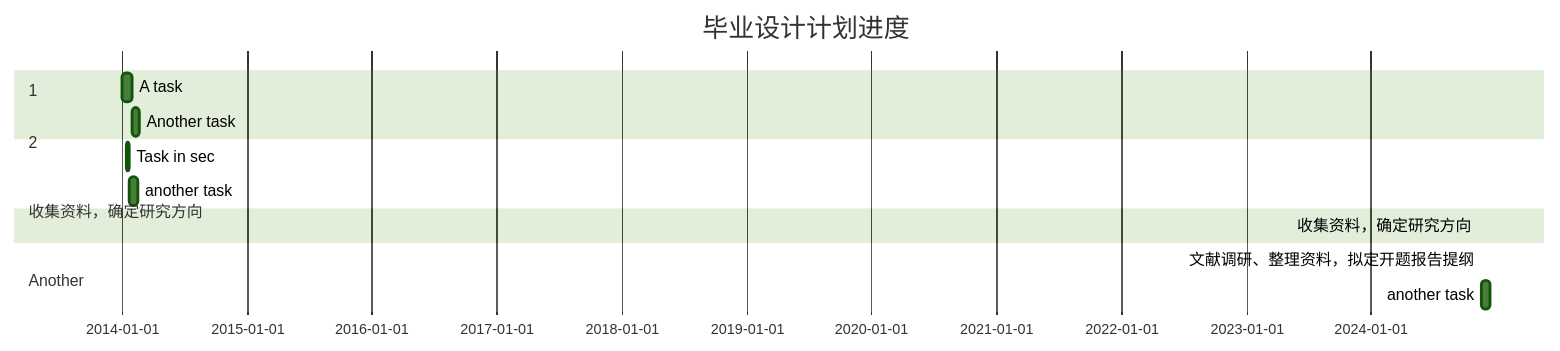
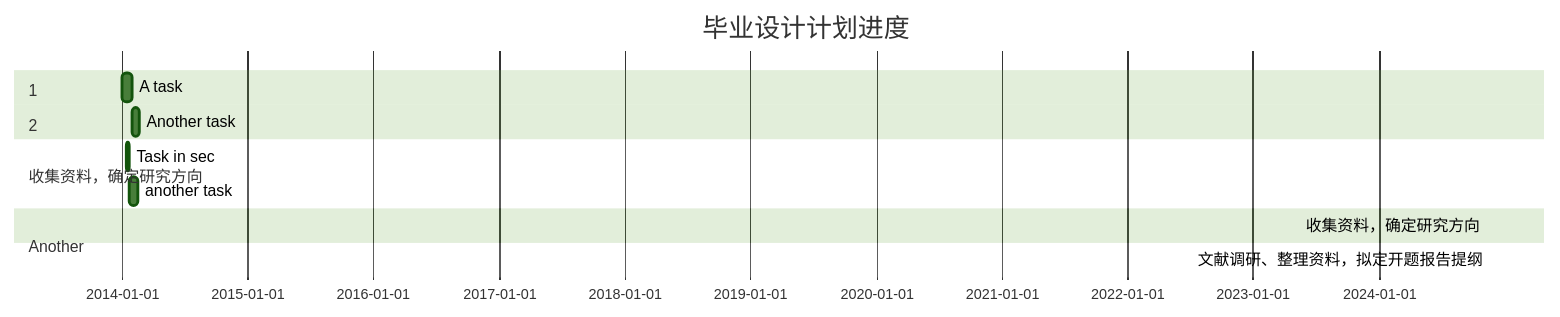
One commit to Kelseyyz/iodraw-files changed the diagram in all/未命名.md. Above: the diagram before and after it, drawn with Mermaid (forest theme).

Commit message:
2024-12-30 11:01:39 update

````diff
--- a/all/未命名.md
+++ b/all/未命名.md
@@ -1,20 +1,18 @@
 ```mermaid
 gantt
     title 毕业设计计划进度
     dateFormat  YYYY-MM-DD
     
     section 收集资料，确定研究方向
     A task           :a1, 2014-01-01, 30d
     Another task     :after a1  , 20d
     section Another
     Task in sec      :2014-01-12  , 12d
     another task      : 24d
 
 
     section 1
     收集资料，确定研究方向           : 2024-11-10, 
-
     section 2
     文献调研、整理资料，拟定开题报告提纲      :2024-11-20  , 
-    another task      : 24d
 ```
````
